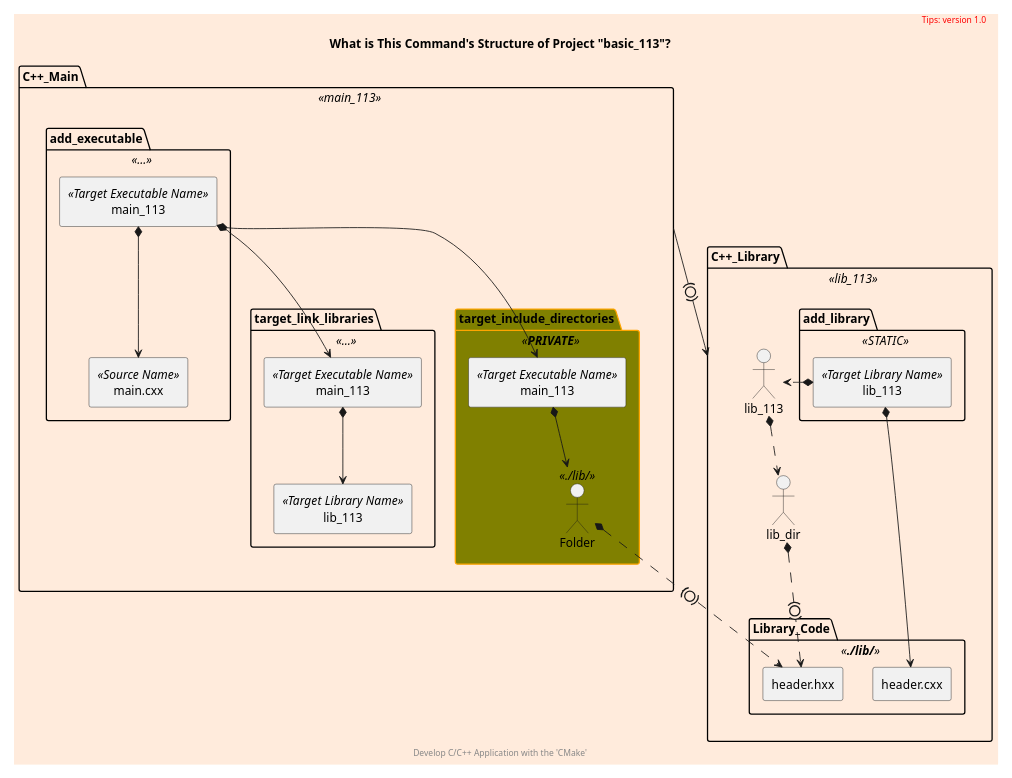
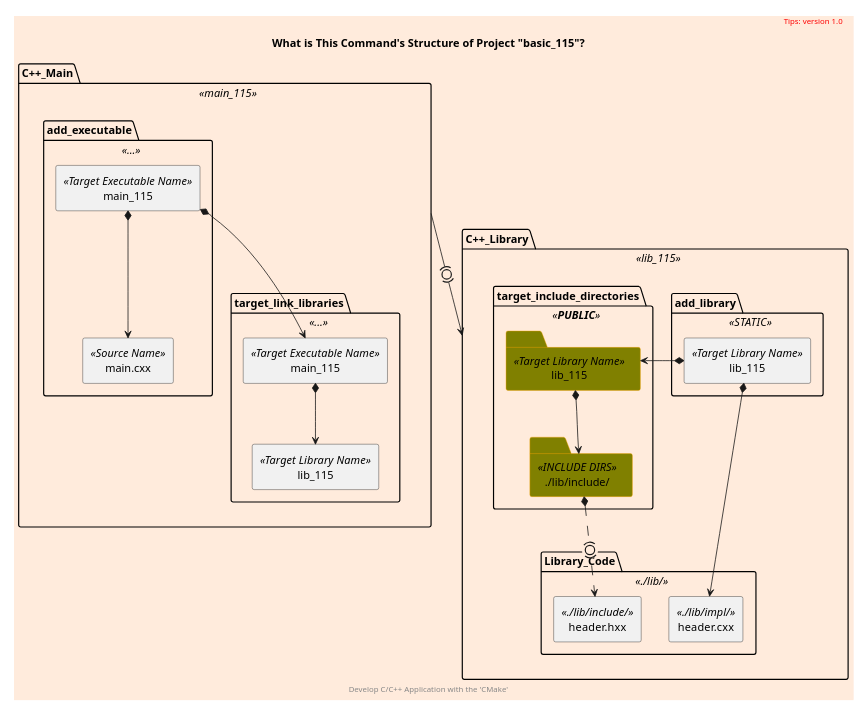
One commit to cnruby/w3h1_cmake changed the diagram in docs/what-command.puml. Above: the diagram before and after it, drawn with PlantUML. The commit also changed 25 other files, not shown here.

```diff
--- a/docs/what-command.puml
+++ b/docs/what-command.puml
@@ -1,67 +1,59 @@
 @startuml
-scale 1000 width
+scale 600 width
 skinparam backgroundColor #FFEBDC
-scale 0.6
+scale 0.55
 
 skinparam Folder {
   backgroundColor Olive
   borderColor orange
 }
 
-package C++_Main <<main_113>> as cxx_main {
+package C++_Main <<main_115>> as cxx_main {
     package target_link_libraries <<...>> {
-        rectangle main_113 <<Target Executable Name>> as main_113_link
-        rectangle lib_113 <<Target Library Name>> as library_link
+        rectangle main_115 <<Target Executable Name>> as main_115_link
+        rectangle lib_115 <<Target Library Name>> as library_link
     }
     package add_executable <<...>> {
-        rectangle main_113 <<Target Executable Name>> as main_113
+        rectangle main_115 <<Target Executable Name>> as main_115
         rectangle main.cxx <<Source Name>> as main_cxx
     }
-    Folder target_include_directories <<**PRIVATE**>> as include_exe {
-        rectangle main_113 <<Target Executable Name>> as exe_113
-        Folder <<./lib/>> as main_lib_dir
-    }
 
-    main_113 *--> main_cxx
-    main_113 *--> exe_113
-    exe_113 *--> main_lib_dir
-    main_113 *--> main_113_link
-    main_113_link *--> library_link
+    main_115 *--> main_cxx
+    main_115 *--> main_115_link
+    main_115_link *--> library_link
 }
 
 
-package C++_Library <<lib_113>> as cxx_lib {
+package C++_Library <<lib_115>> as cxx_lib {
     package add_library <<STATIC>> as add_library {
-        rectangle lib_113 <<Target Library Name>> as lib
+        rectangle lib_115 <<Target Library Name>>
     }
-    'Folder target_include_directories <<**PRIVATE**>> as include_lib {
-    '    Folder <<./lib/>> as lib_dir
-    '    rectangle lib_113 <<Target Library Name>>
-    '}
-    package Library_Code <<**./lib/**>> as library_code {
-        rectangle header.hxx as header_hxx
-        rectangle header.cxx as header_cxx
+    package target_include_directories <<**PUBLIC**>> as include_lib {
+        Folder "./lib/include/" <<INCLUDE DIRS>> as lib
+        Folder lib_115 <<Target Library Name>> as library
+    }
+    package Library_Code <<./lib/>> as library_code {
+        rectangle header.hxx <<./lib/include/>> as header_hxx
+        rectangle header.cxx <<./lib/impl/>> as header_cxx
     }
 
-    lib *.right.> lib_113
-    lib *--> header_cxx
-    lib_113 *..> lib_dir
-    lib_dir *.(0).> header_hxx
+    lib_115 *-right-> library
+    lib_115 *--> header_cxx
+    library *--> lib
+    lib *.(0).> header_hxx
 }
 
 cxx_main -(0)-> cxx_lib
-'library_link *.(0).> lib_113
-main_lib_dir *.(0).> header_hxx
 
 
 title
-    What is This Command's Structure of Project "basic_113"?
+    What is This Command's Structure of Project "basic_115"?
 end title
 
 header
 <font color=red>Tips: version 1.0</font>
 endheader
 
 center footer Develop C/C++ Application with the 'CMake'
 
 @enduml
```
